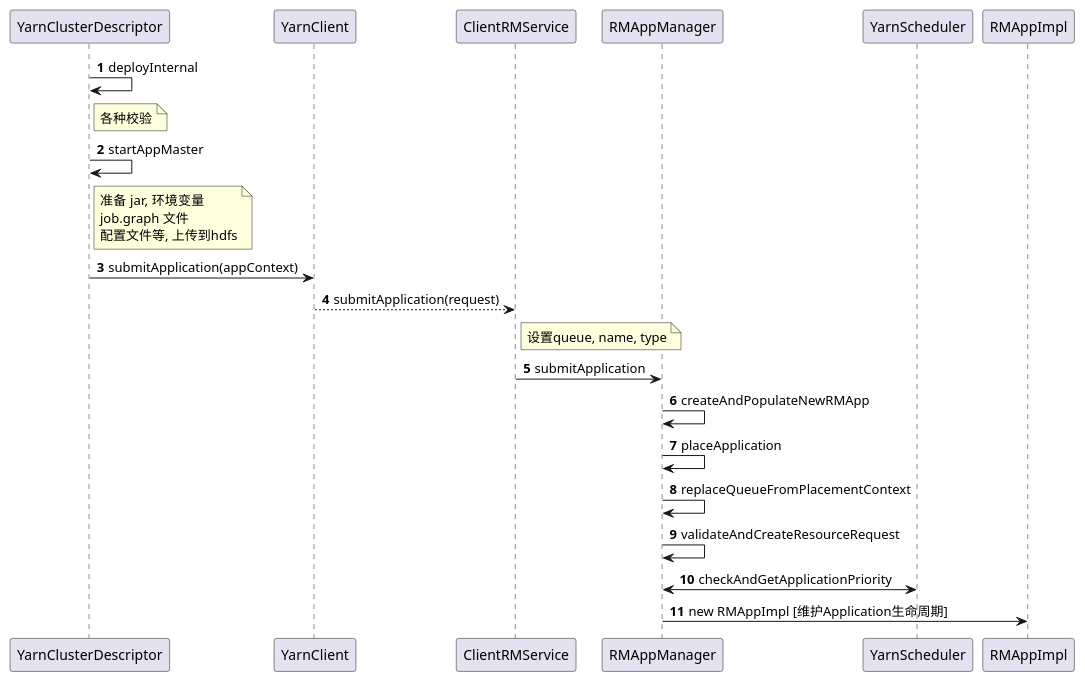
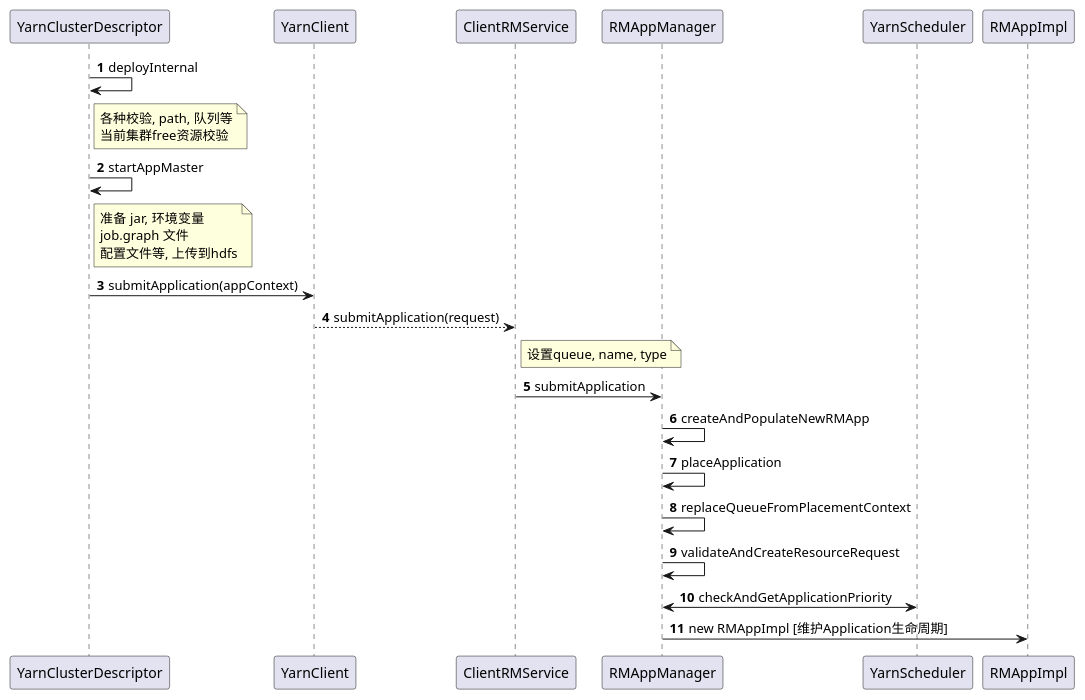
The diagram in doc/source/uml/flink-on-yarn.puml (winfred958/flink-practice), drawn with PlantUML before and after one commit. The commit also changed 1 other file, not shown here.

```diff
--- a/doc/source/uml/flink-on-yarn.puml
+++ b/doc/source/uml/flink-on-yarn.puml
@@ -1,32 +1,33 @@
 @startuml
 'https://plantuml.com/sequence-diagram
 
 autonumber
 YarnClusterDescriptor -> YarnClusterDescriptor: deployInternal
     note right of YarnClusterDescriptor
-      各种校验
+      各种校验, path, 队列等
+      当前集群free资源校验
     end note
     YarnClusterDescriptor -> YarnClusterDescriptor: startAppMaster
     note right of YarnClusterDescriptor
       准备 jar, 环境变量
       job.graph 文件
       配置文件等, 上传到hdfs
     end note
 YarnClusterDescriptor -> YarnClient : submitApplication(appContext)
 YarnClient --> ClientRMService: submitApplication(request)
 
     note right of ClientRMService
         设置queue, name, type
     end note
 ClientRMService -> RMAppManager: submitApplication
 
 RMAppManager -> RMAppManager: createAndPopulateNewRMApp
   RMAppManager -> RMAppManager: placeApplication
   RMAppManager -> RMAppManager: replaceQueueFromPlacementContext
   RMAppManager -> RMAppManager: validateAndCreateResourceRequest
   RMAppManager <-> YarnScheduler: checkAndGetApplicationPriority
 
 RMAppManager -> RMAppImpl: new RMAppImpl [维护Application生命周期]
 
 
 @enduml
```
